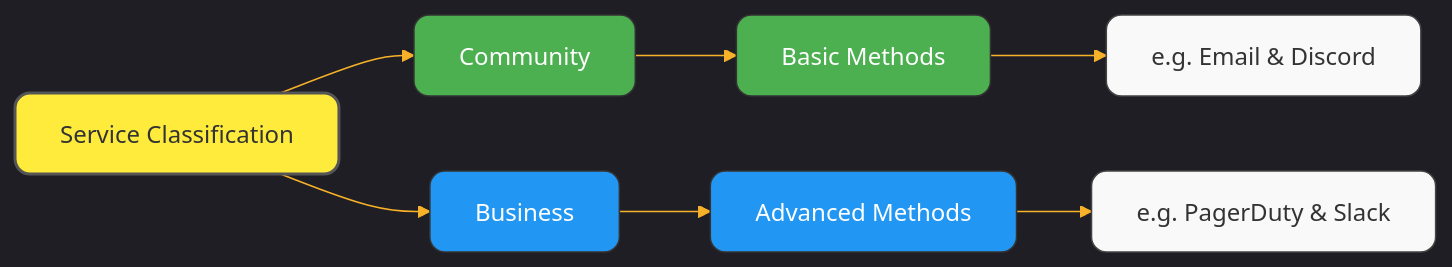
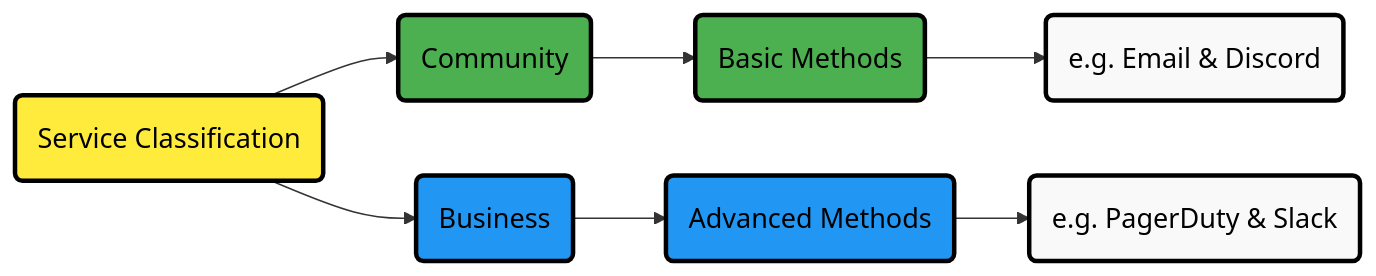
One commit to netdata/netdata changed the second of 3 diagrams in docs/alerts-and-notifications/notifications/centralized-cloud-notifications/centralized-cloud-notifications-reference.md. Above: the diagram before and after it, drawn with Mermaid. The commit also changed other lines of this file and 21 other files, not shown here.

Commit message:
Fix Mermaid diagrams across multiple files

````diff
--- a/docs/alerts-and-notifications/notifications/centralized-cloud-notifications/centralized-cloud-notifications-reference.md
+++ b/docs/alerts-and-notifications/notifications/centralized-cloud-notifications/centralized-cloud-notifications-reference.md
@@ -58,20 +61,23 @@
 ```mermaid
-%%{init: {'theme': 'dark', 'themeVariables': { 'primaryColor': '#2b2b2b', 'primaryTextColor': '#fff', 'primaryBorderColor': '#7C0000', 'lineColor': '#F8B229', 'secondaryColor': '#006100', 'tertiaryColor': '#333'}}}%%
 flowchart LR
-    Classification[Service Classification] --> Community[Community]
-    Classification --> Business[Business]
+    Classification("Service Classification") --> Community("Community")
+    Classification --> Business("Business")
     
-    Community --> CommunityType[Basic Methods]
-    Business --> BusinessType[Advanced Methods]
+    Community --> CommunityType("Basic Methods")
+    Business --> BusinessType("Advanced Methods")
     
-    CommunityType --> CommunityMethods[e.g. Email & Discord]
-    BusinessType --> BusinessMethods[e.g. PagerDuty & Slack]
+    CommunityType --> CommunityMethods("e.g. Email & Discord")
+    BusinessType --> BusinessMethods("e.g. PagerDuty & Slack")
     
-    style Classification fill:#ffeb3b,stroke:#555,color:#333,stroke-width:2px,rx:10,ry:10
-    style Community fill:#4caf50,stroke:#333,color:#fff,stroke-width:1px,rx:10,ry:10
-    style Business fill:#2196F3,stroke:#333,color:#fff,stroke-width:1px,rx:10,ry:10
-    style CommunityType fill:#4caf50,stroke:#333,color:#fff,stroke-width:1px,rx:10,ry:10
-    style BusinessType fill:#2196F3,stroke:#333,color:#fff,stroke-width:1px,rx:10,ry:10
-    style CommunityMethods fill:#f9f9f9,stroke:#444,color:#333,stroke-width:1px,rx:10,ry:10
-    style BusinessMethods fill:#f9f9f9,stroke:#444,color:#333,stroke-width:1px,rx:10,ry:10
+    %% Style definitions
+    classDef alert fill:#ffeb3b,stroke:#000000,stroke-width:3px,color:#000000,font-size:18px
+    classDef neutral fill:#f9f9f9,stroke:#000000,stroke-width:3px,color:#000000,font-size:18px
+    classDef complete fill:#4caf50,stroke:#000000,stroke-width:3px,color:#000000,font-size:18px
+    classDef database fill:#2196F3,stroke:#000000,stroke-width:3px,color:#000000,font-size:18px
+
+    %% Apply styles
+    class Classification alert
+    class Community,CommunityType complete
+    class Business,BusinessType database
+    class CommunityMethods,BusinessMethods neutral
 ```
````
